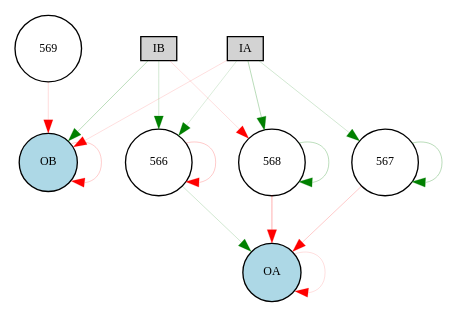
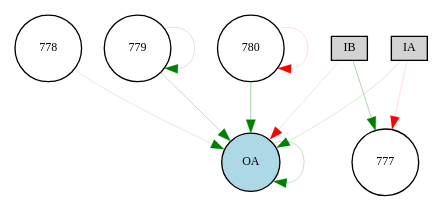
Before and after one commit to danxan/neuromorphic-evolution: the diagram in source/cont_exp/Digraph.gv, drawn with Graphviz. The commit also changed 6 other files, not shown here.

```diff
--- a/source/cont_exp/Digraph.gv
+++ b/source/cont_exp/Digraph.gv
@@ -1,27 +1,19 @@
 digraph {
 	node [fontsize=9 height=0.2 shape=circle width=0.2]
 	IA [fillcolor=lightgray shape=box style=filled]
 	IB [fillcolor=lightgray shape=box style=filled]
 	OA [fillcolor=lightblue style=filled]
-	OB [fillcolor=lightblue style=filled]
-	567 [fillcolor=white style=filled]
-	566 [fillcolor=white style=filled]
-	568 [fillcolor=white style=filled]
-	569 [fillcolor=white style=filled]
-	IA -> 566 [color=green penwidth=0.10758021104147313 style=solid]
-	IA -> 567 [color=green penwidth=0.13979780794628682 style=solid]
-	IA -> 568 [color=green penwidth=0.20947872021388858 style=solid]
-	IB -> 566 [color=green penwidth=0.14438491158485345 style=solid]
-	IB -> 568 [color=red penwidth=0.1 style=solid]
-	566 -> OA [color=green penwidth=0.13617014617993772 style=solid]
-	567 -> OA [color=red penwidth=0.15886893128830057 style=solid]
-	568 -> OA [color=red penwidth=0.24281406951038367 style=solid]
-	569 -> OB [color=red penwidth=0.10693936992264687 style=solid]
-	IA -> OB [color=red penwidth=0.1 style=solid]
-	IB -> OB [color=green penwidth=0.20232821265517922 style=solid]
-	OA -> OA [color=red penwidth=0.1 style=solid]
-	OB -> OB [color=red penwidth=0.1464077206488203 style=solid]
-	566 -> 566 [color=red penwidth=0.15942393109751912 style=solid]
-	567 -> 567 [color=green penwidth=0.20558002013945853 style=solid]
-	568 -> 568 [color=green penwidth=0.2035938030229557 style=solid]
+	778 [fillcolor=white style=filled]
+	779 [fillcolor=white style=filled]
+	780 [fillcolor=white style=filled]
+	IA -> 777 [color=red penwidth=0.1 style=solid]
+	IB -> 777 [color=green penwidth=0.2454492198156753 style=solid]
+	778 -> OA [color=green penwidth=0.1041637075466075 style=solid]
+	779 -> OA [color=green penwidth=0.18952685346530856 style=solid]
+	780 -> OA [color=green penwidth=0.26750751467452283 style=solid]
+	IA -> OA [color=green penwidth=0.12006427761648564 style=solid]
+	IB -> OA [color=red penwidth=0.1 style=solid]
+	OA -> OA [color=green penwidth=0.17645176922780398 style=solid]
+	779 -> 779 [color=green penwidth=0.1262272984154192 style=solid]
+	780 -> 780 [color=red penwidth=0.1 style=solid]
 }
```
